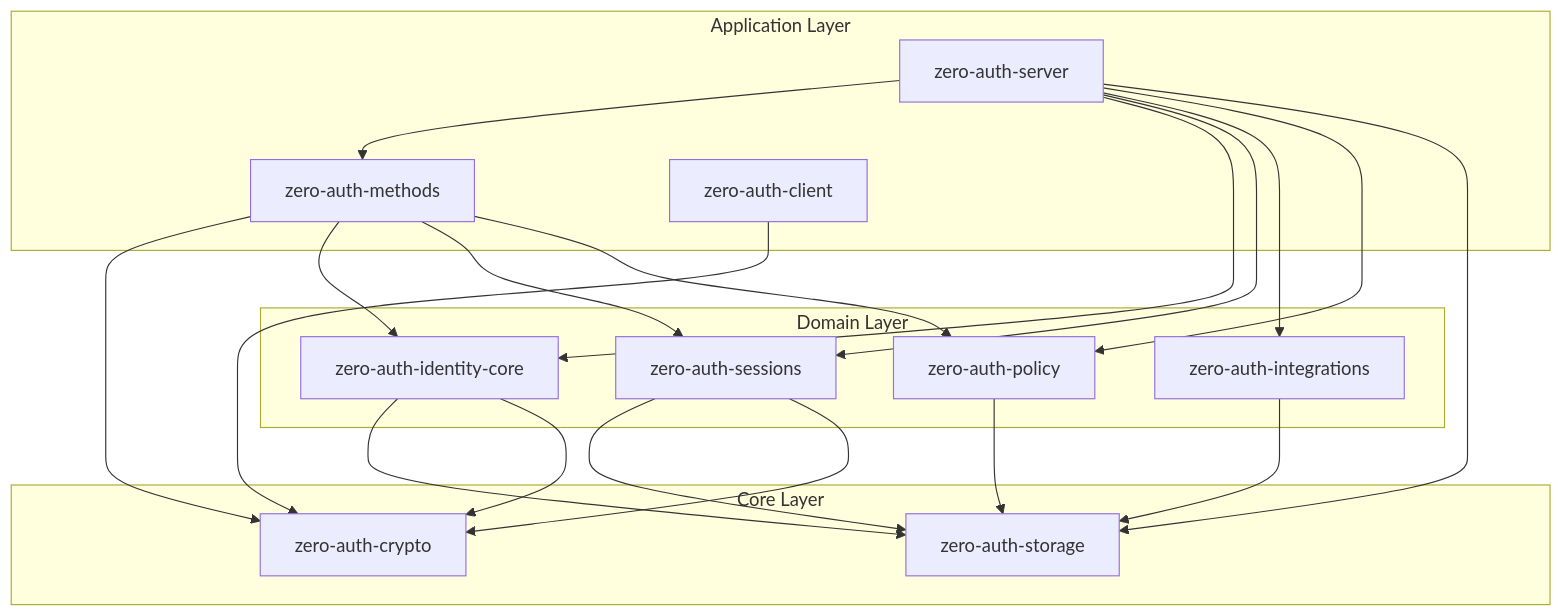
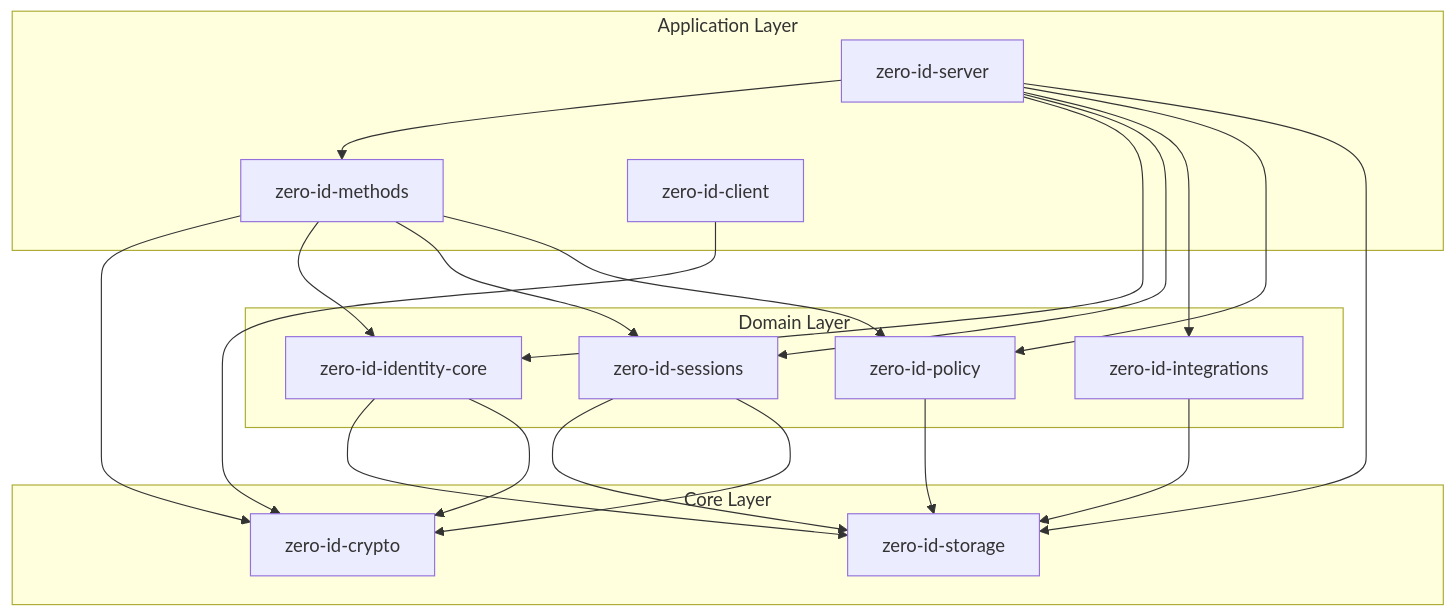
One commit to cypher-asi/zero-auth changed the second of 9 diagrams in docs/spec/v0.1/10-system-overview.md. Above: the diagram before and after it, drawn with Mermaid. The commit also changed other lines of this file and 235 other files, not shown here.

Commit message:
refactor: rename zero-auth to zero-id across codebase

````diff
--- a/docs/spec/v0.1/10-system-overview.md
+++ b/docs/spec/v0.1/10-system-overview.md
@@ -83,45 +83,45 @@
 ```mermaid
 graph TD
     subgraph "Core Layer"
-        CRYPTO[zero-auth-crypto]
-        STORAGE[zero-auth-storage]
+        CRYPTO[zero-id-crypto]
+        STORAGE[zero-id-storage]
     end
 
     subgraph "Domain Layer"
-        POLICY[zero-auth-policy]
-        IDENTITY[zero-auth-identity-core]
-        INTEGRATIONS[zero-auth-integrations]
-        SESSIONS[zero-auth-sessions]
+        POLICY[zero-id-policy]
+        IDENTITY[zero-id-identity-core]
+        INTEGRATIONS[zero-id-integrations]
+        SESSIONS[zero-id-sessions]
     end
 
     subgraph "Application Layer"
-        METHODS[zero-auth-methods]
-        SERVER[zero-auth-server]
-        CLIENT[zero-auth-client]
+        METHODS[zero-id-methods]
+        SERVER[zero-id-server]
+        CLIENT[zero-id-client]
     end
 
     %% Core has no internal deps
     
     %% Domain layer deps
     POLICY --> STORAGE
     IDENTITY --> STORAGE
     IDENTITY --> CRYPTO
     INTEGRATIONS --> STORAGE
     SESSIONS --> STORAGE
     SESSIONS --> CRYPTO
     
     %% Application layer deps
     METHODS --> CRYPTO
     METHODS --> IDENTITY
     METHODS --> SESSIONS
     METHODS --> POLICY
     
     SERVER --> METHODS
     SERVER --> IDENTITY
     SERVER --> SESSIONS
     SERVER --> INTEGRATIONS
     SERVER --> POLICY
     SERVER --> STORAGE
     
     CLIENT --> CRYPTO
 ```
````
